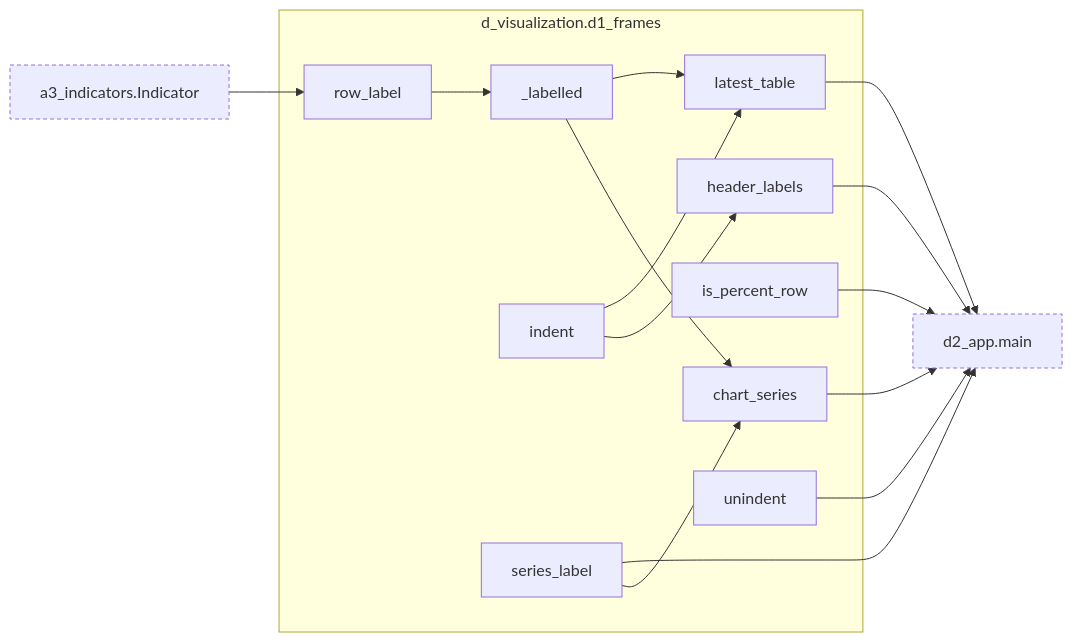
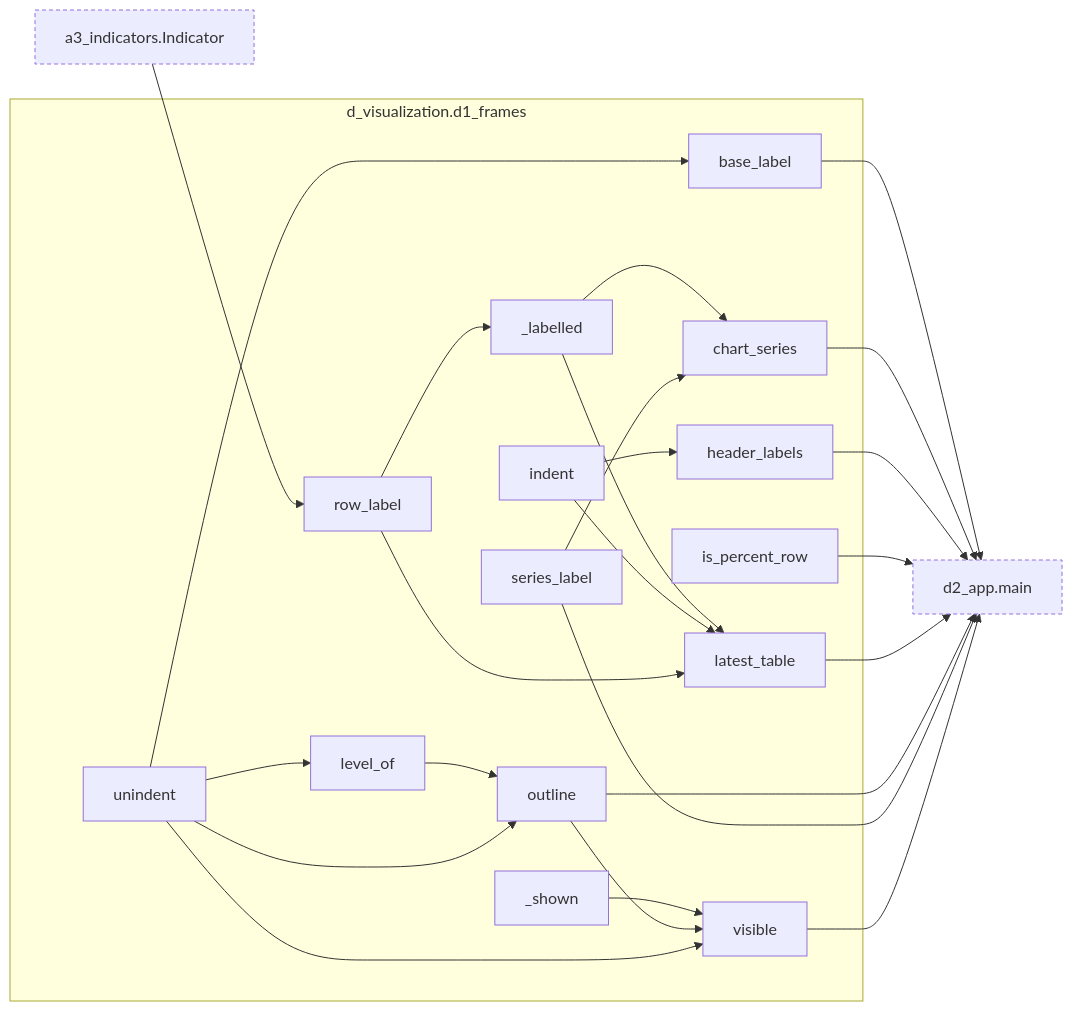
Diagram 14 of 15 in docs/architecture.md (bsawyerg15/MacroScan), drawn with Mermaid before and after one commit. The commit also changed other lines of this file and 3 other files, not shown here.

````diff
--- a/docs/architecture.md
+++ b/docs/architecture.md
@@ -1265,41 +1265,61 @@
 ```mermaid
 flowchart LR
   subgraph this["d_visualization.d1_frames"]
     n_d_visualization_d1_frames__labelled["_labelled"]
+    n_d_visualization_d1_frames__shown["_shown"]
+    n_d_visualization_d1_frames_base_label["base_label"]
     n_d_visualization_d1_frames_chart_series["chart_series"]
     n_d_visualization_d1_frames_header_labels["header_labels"]
     n_d_visualization_d1_frames_indent["indent"]
     n_d_visualization_d1_frames_is_percent_row["is_percent_row"]
     n_d_visualization_d1_frames_latest_table["latest_table"]
+    n_d_visualization_d1_frames_level_of["level_of"]
+    n_d_visualization_d1_frames_outline["outline"]
     n_d_visualization_d1_frames_row_label["row_label"]
     n_d_visualization_d1_frames_series_label["series_label"]
     n_d_visualization_d1_frames_unindent["unindent"]
+    n_d_visualization_d1_frames_visible["visible"]
   end
   n_a_core_a3_indicators_Indicator["a3_indicators.Indicator"]:::ext
   n_d_visualization_d2_app_main["d2_app.main"]:::ext
   n_d_visualization_d1_frames_row_label --> n_d_visualization_d1_frames__labelled
+  n_d_visualization_d1_frames_unindent --> n_d_visualization_d1_frames_base_label
   n_d_visualization_d1_frames__labelled --> n_d_visualization_d1_frames_chart_series
   n_d_visualization_d1_frames_series_label --> n_d_visualization_d1_frames_chart_series
   n_d_visualization_d1_frames_indent --> n_d_visualization_d1_frames_header_labels
   n_d_visualization_d1_frames__labelled --> n_d_visualization_d1_frames_latest_table
   n_d_visualization_d1_frames_indent --> n_d_visualization_d1_frames_latest_table
+  n_d_visualization_d1_frames_row_label --> n_d_visualization_d1_frames_latest_table
+  n_d_visualization_d1_frames_unindent --> n_d_visualization_d1_frames_level_of
+  n_d_visualization_d1_frames_level_of --> n_d_visualization_d1_frames_outline
+  n_d_visualization_d1_frames_unindent --> n_d_visualization_d1_frames_outline
   n_a_core_a3_indicators_Indicator --> n_d_visualization_d1_frames_row_label
+  n_d_visualization_d1_frames__shown --> n_d_visualization_d1_frames_visible
+  n_d_visualization_d1_frames_outline --> n_d_visualization_d1_frames_visible
+  n_d_visualization_d1_frames_unindent --> n_d_visualization_d1_frames_visible
+  n_d_visualization_d1_frames_base_label --> n_d_visualization_d2_app_main
   n_d_visualization_d1_frames_chart_series --> n_d_visualization_d2_app_main
   n_d_visualization_d1_frames_header_labels --> n_d_visualization_d2_app_main
   n_d_visualization_d1_frames_is_percent_row --> n_d_visualization_d2_app_main
   n_d_visualization_d1_frames_latest_table --> n_d_visualization_d2_app_main
+  n_d_visualization_d1_frames_outline --> n_d_visualization_d2_app_main
   n_d_visualization_d1_frames_series_label --> n_d_visualization_d2_app_main
-  n_d_visualization_d1_frames_unindent --> n_d_visualization_d2_app_main
+  n_d_visualization_d1_frames_visible --> n_d_visualization_d2_app_main
   click n_a_core_a3_indicators_Indicator href "#cls-Indicator"
   click n_d_visualization_d1_frames__labelled href "#fn-d_visualization-d1_frames-_labelled"
+  click n_d_visualization_d1_frames__shown href "#fn-d_visualization-d1_frames-_shown"
+  click n_d_visualization_d1_frames_base_label href "#fn-d_visualization-d1_frames-base_label"
   click n_d_visualization_d1_frames_chart_series href "#fn-d_visualization-d1_frames-chart_series"
   click n_d_visualization_d1_frames_header_labels href "#fn-d_visualization-d1_frames-header_labels"
   click n_d_visualization_d1_frames_indent href "#fn-d_visualization-d1_frames-indent"
   click n_d_visualization_d1_frames_is_percent_row href "#fn-d_visualization-d1_frames-is_percent_row"
   click n_d_visualization_d1_frames_latest_table href "#fn-d_visualization-d1_frames-latest_table"
+  click n_d_visualization_d1_frames_level_of href "#fn-d_visualization-d1_frames-level_of"
+  click n_d_visualization_d1_frames_outline href "#fn-d_visualization-d1_frames-outline"
   click n_d_visualization_d1_frames_row_label href "#fn-d_visualization-d1_frames-row_label"
   click n_d_visualization_d1_frames_series_label href "#fn-d_visualization-d1_frames-series_label"
   click n_d_visualization_d1_frames_unindent href "#fn-d_visualization-d1_frames-unindent"
+  click n_d_visualization_d1_frames_visible href "#fn-d_visualization-d1_frames-visible"
   click n_d_visualization_d2_app_main href "#fn-d_visualization-d2_app-main"
   classDef ext stroke-dasharray: 4 3
 ```
````
